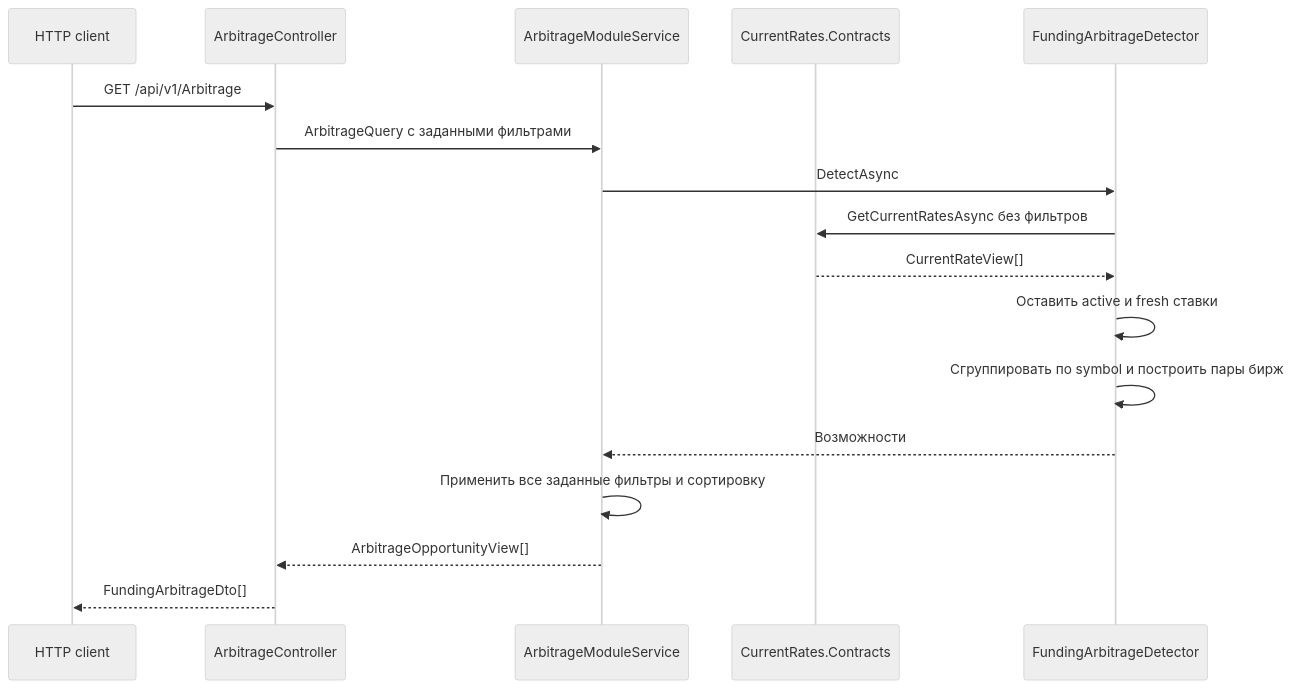
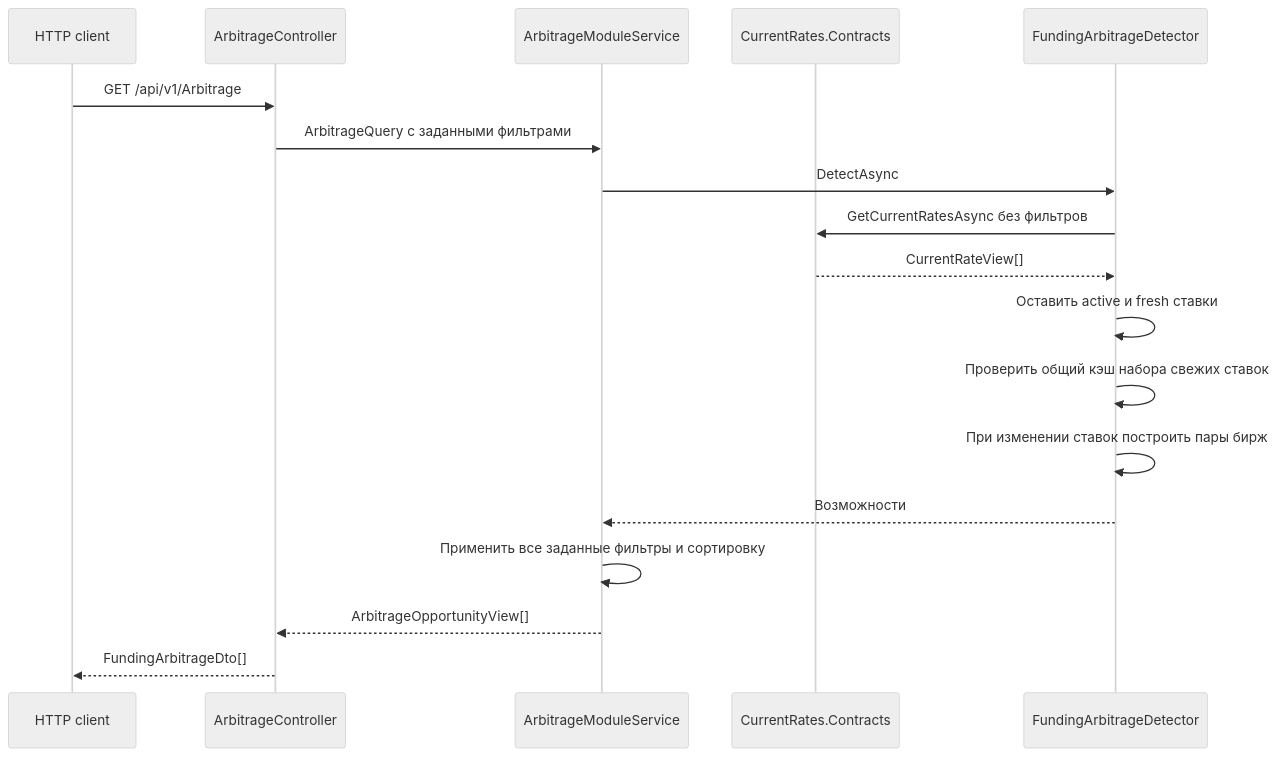
One commit to Grigory50012/FundingMonitor changed the second of 2 diagrams in docs/architecture/modules/arbitrage.md. Above: the diagram before and after it, drawn with Mermaid (neutral theme). The commit also changed other lines of this file and 56 other files, not shown here.

````diff
--- a/docs/architecture/modules/arbitrage.md
+++ b/docs/architecture/modules/arbitrage.md
@@ -29,19 +29,20 @@
 ```mermaid
 sequenceDiagram
     participant UI as HTTP client
     participant C as ArbitrageController
     participant A as ArbitrageModuleService
     participant CR as CurrentRates.Contracts
     participant D as FundingArbitrageDetector
     UI->>C: GET /api/v1/Arbitrage
     C->>A: ArbitrageQuery с заданными фильтрами
     A->>D: DetectAsync
     D->>CR: GetCurrentRatesAsync без фильтров
     CR-->>D: CurrentRateView[]
     D->>D: Оставить active и fresh ставки
-    D->>D: Сгруппировать по symbol и построить пары бирж
+    D->>D: Проверить общий кэш набора свежих ставок
+    D->>D: При изменении ставок построить пары бирж
     D-->>A: Возможности
     A->>A: Применить все заданные фильтры и сортировку
     A-->>C: ArbitrageOpportunityView[]
     C-->>UI: FundingArbitrageDto[]
 ```
````
